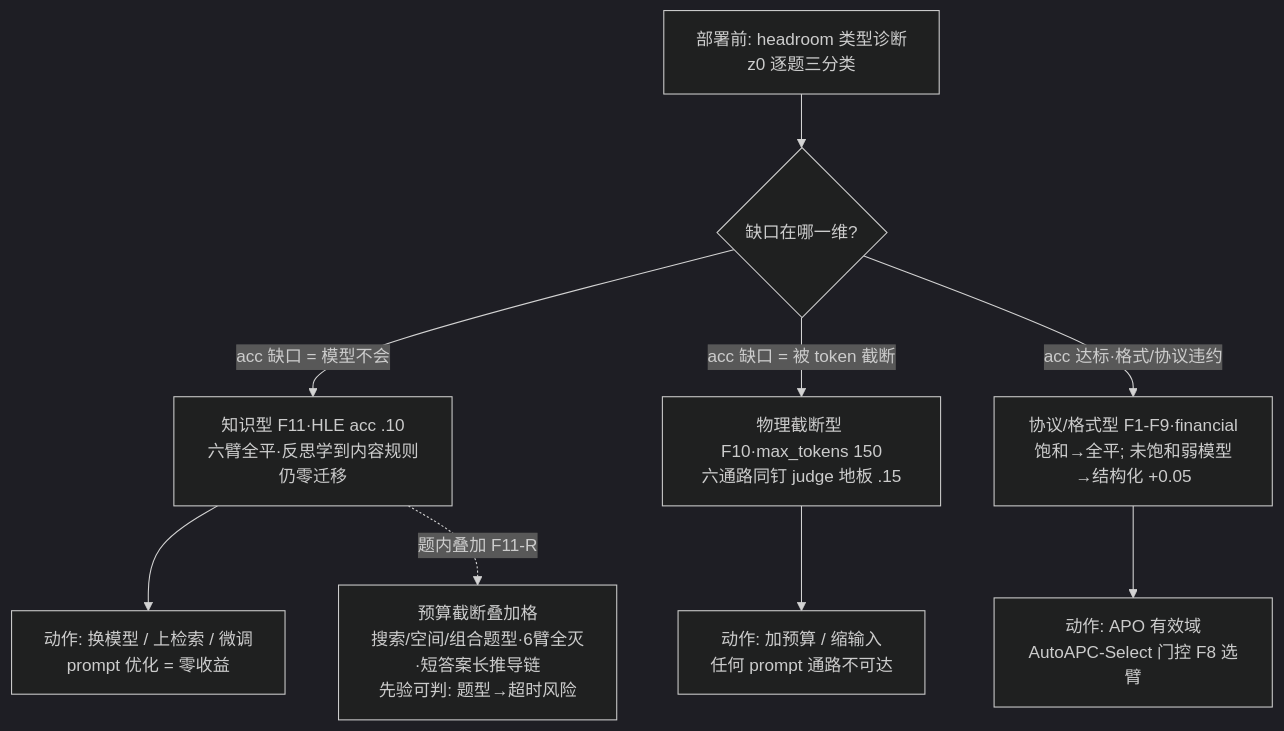
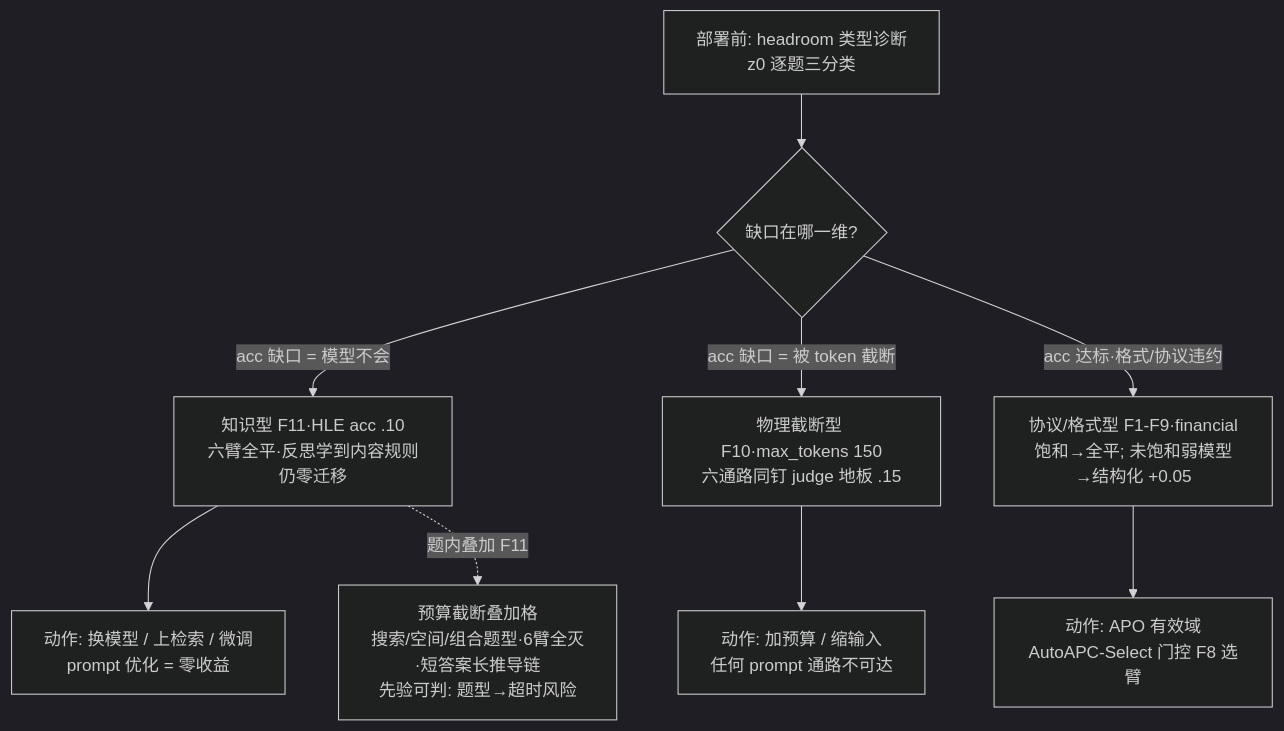
Before and after one commit to lanshi17/APC: the diagram in docs/paper-apc.md, drawn with Mermaid (dark theme). The commit also changed 1 other file, not shown here.

Commit message:
docs: drop dangling F11-R label (section merged into 3.4m)

````diff
--- a/docs/paper-apc.md
+++ b/docs/paper-apc.md
@@ -440,11 +440,11 @@
 ```mermaid
 flowchart TD
     A[部署前: headroom 类型诊断<br/>z0 逐题三分类] --> B{缺口在哪一维?}
     B -->|acc 缺口 = 模型不会| K[知识型 F11·HLE acc .10<br/>六臂全平·反思学到内容规则仍零迁移]
     B -->|acc 缺口 = 被 token 截断| T[物理截断型 F10·max_tokens 150<br/>六通路同钉 judge 地板 .15]
     B -->|acc 达标·格式/协议违约| P[协议/格式型 F1-F9·financial<br/>饱和→全平; 未饱和弱模型→结构化 +0.05]
     K --> X1[动作: 换模型 / 上检索 / 微调<br/>prompt 优化 = 零收益]
     T --> X2[动作: 加预算 / 缩输入<br/>任何 prompt 通路不可达]
     P --> X3[动作: APO 有效域<br/>AutoAPC-Select 门控 F8 选臂]
-    K -.->|题内叠加 F11-R| S[预算截断叠加格<br/>搜索/空间/组合题型·6臂全灭·短答案长推导链<br/>先验可判: 题型→超时风险]
+    K -.->|题内叠加 F11| S[预算截断叠加格<br/>搜索/空间/组合题型·6臂全灭·短答案长推导链<br/>先验可判: 题型→超时风险]
 ```
````
